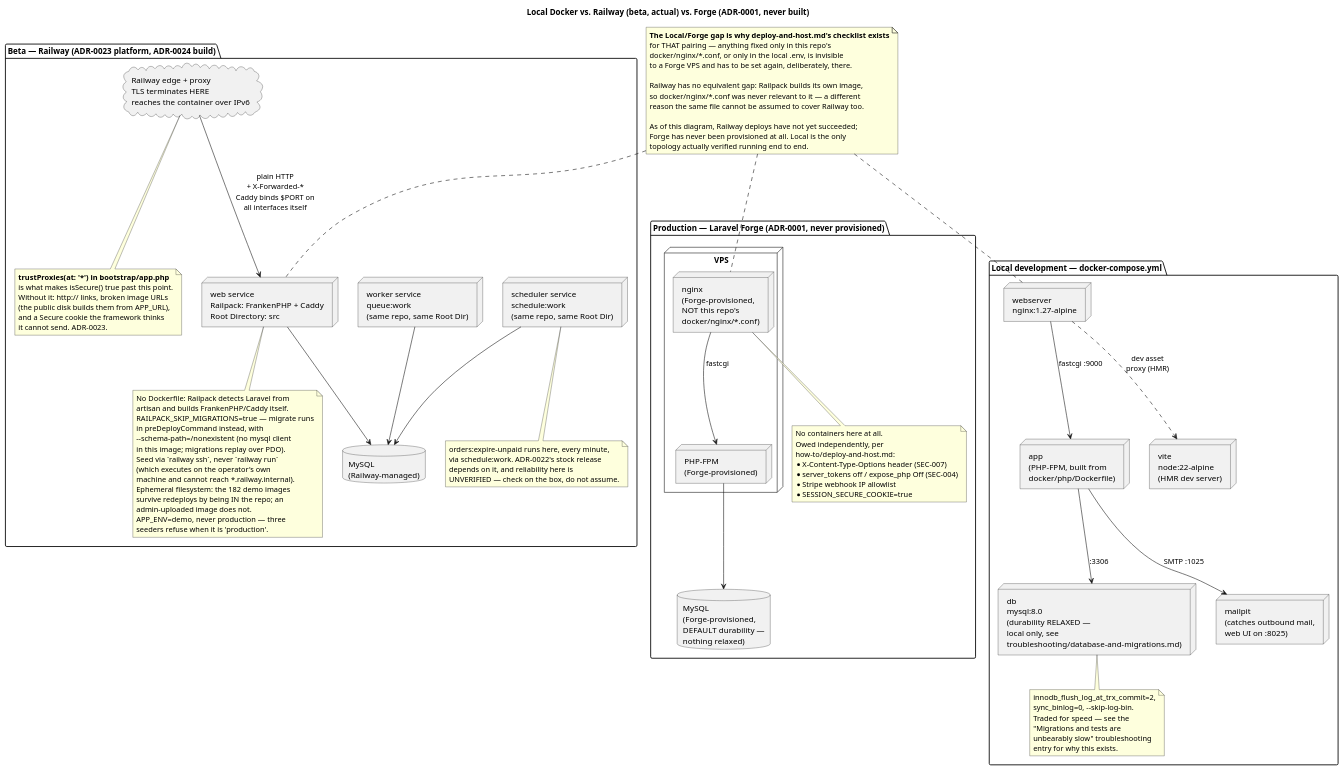
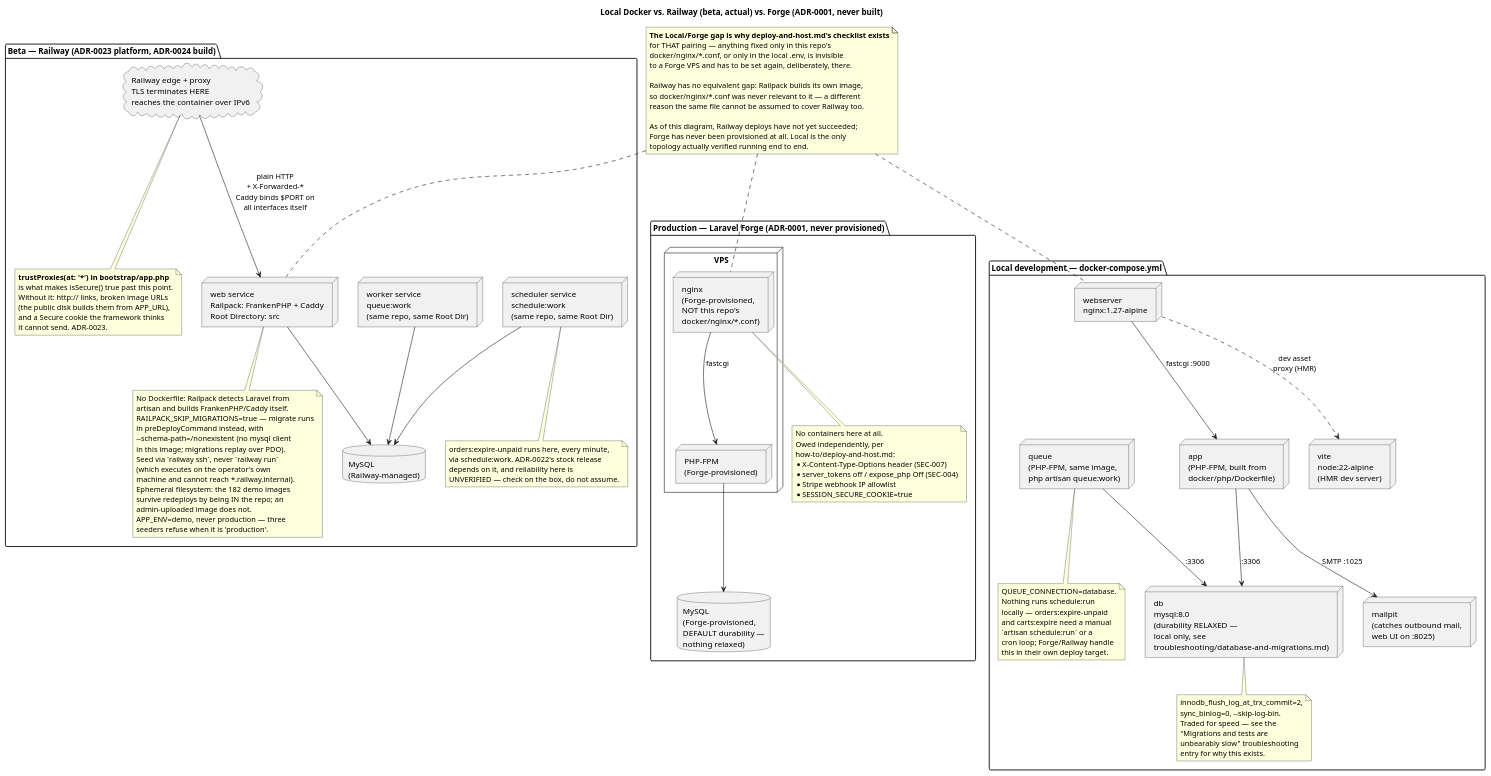
One commit to StefanMarinkov05/Amazoff-PHP changed the diagram in docs/reference/diagrams/deployment/deployment.puml. Above: the diagram before and after it, drawn with PlantUML. The commit also changed 7 other files, not shown here.

First line of the commit message:
docs(diagrams): add the hydration-crash layer and local queue worker

```diff
--- a/docs/reference/diagrams/deployment/deployment.puml
+++ b/docs/reference/diagrams/deployment/deployment.puml
@@ -1,131 +1,147 @@
 @startuml deployment
 
 ' Three topologies for the same app. Verified against docker-compose.yml and
 ' how-to/deploy-and-host.md. Local + Forge verified 2026-09-07; the Railway
 ' package redrawn 2026-09-12 for ADR-0024 (Railpack, not the custom Dockerfile
 ' ADR-0023 first described — that image failed eleven straight deploys, see
-' troubleshooting/infra-and-environment.md).
+' troubleshooting/infra-and-environment.md). Local package re-verified
+' 2026-09-13 against the current docker-compose.yml: a `queue` service
+' (php artisan queue:work) now runs locally too, added when
+' QUEUE_CONNECTION moved off `sync` for the newsletter double-opt-in flow —
+' it was missing from this diagram until now.
 ' The gap between Local and Forge is the whole point of deploy-and-host.md's
 ' checklist — anything fixed only in docker/nginx/*.conf reaches neither
 ' deployed box. Railway has no such gap: Railpack builds its own image, so
 ' this repo's docker/nginx/*.conf was never relevant to it in the first place.
 '
 ' NOTE: the .svg/.pdf beside this file are STALE relative to this source.
 ' Regenerate with the commands in docs/reference/diagrams/README.md — there
 ' is no render script in this repo and nothing regenerates them automatically.
 
 title Local Docker vs. Railway (beta, actual) vs. Forge (ADR-0001, never built)
 
 package "Local development — docker-compose.yml" {
   node "webserver\nnginx:1.27-alpine" as LocalNginx
   node "app\n(PHP-FPM, built from\ndocker/php/Dockerfile)" as LocalApp
   node "db\nmysql:8.0\n(durability RELAXED —\nlocal only, see\ntroubleshooting/database-and-migrations.md)" as LocalDB
   node "vite\nnode:22-alpine\n(HMR dev server)" as LocalVite
   node "mailpit\n(catches outbound mail,\nweb UI on :8025)" as LocalMail
+  node "queue\n(PHP-FPM, same image,\nphp artisan queue:work)" as LocalQueue
 
   LocalNginx --> LocalApp : fastcgi :9000
   LocalApp --> LocalDB : :3306
   LocalApp --> LocalMail : SMTP :1025
   LocalNginx ..> LocalVite : dev asset\nproxy (HMR)
+  LocalQueue --> LocalDB : :3306
+
+  note bottom of LocalQueue
+    QUEUE_CONNECTION=database.
+    Nothing runs schedule:run
+    locally — orders:expire-unpaid
+    and carts:expire need a manual
+    `artisan schedule:run` or a
+    cron loop; Forge/Railway handle
+    this in their own deploy target.
+  end note
 
   note bottom of LocalDB
     innodb_flush_log_at_trx_commit=2,
     sync_binlog=0, --skip-log-bin.
     Traded for speed — see the
     "Migrations and tests are
     unbearably slow" troubleshooting
     entry for why this exists.
   end note
 }
 
 package "Beta — Railway (ADR-0023 platform, ADR-0024 build)" {
   node "web service\nRailpack: FrankenPHP + Caddy\nRoot Directory: src" as RailwayWeb
   node "worker service\nqueue:work\n(same repo, same Root Dir)" as RailwayWorker
   node "scheduler service\nschedule:work\n(same repo, same Root Dir)" as RailwayCron
   database "MySQL\n(Railway-managed)" as RailwayDB
 
   cloud "Railway edge + proxy\nTLS terminates HERE\nreaches the container over IPv6" as RailwayEdge
 
   RailwayEdge --> RailwayWeb : plain HTTP\n+ X-Forwarded-*\nCaddy binds $PORT on\nall interfaces itself
   RailwayWeb --> RailwayDB
   RailwayWorker --> RailwayDB
   RailwayCron --> RailwayDB
 
   note bottom of RailwayEdge
     <b>trustProxies(at: '*') in bootstrap/app.php</b>
     is what makes isSecure() true past this point.
     Without it: http:// links, broken image URLs
     (the public disk builds them from APP_URL),
     and a Secure cookie the framework thinks
     it cannot send. ADR-0023.
   end note
 
   note bottom of RailwayCron
     orders:expire-unpaid runs here, every minute,
     via schedule:work. ADR-0022's stock release
     depends on it, and reliability here is
     UNVERIFIED — check on the box, do not assume.
   end note
 
   note bottom of RailwayWeb
     No Dockerfile: Railpack detects Laravel from
     artisan and builds FrankenPHP/Caddy itself.
     RAILPACK_SKIP_MIGRATIONS=true — migrate runs
     in preDeployCommand instead, with
     --schema-path=/nonexistent (no mysql client
     in this image; migrations replay over PDO).
     Seed via `railway ssh`, never `railway run`
     (which executes on the operator's own
     machine and cannot reach *.railway.internal).
     Ephemeral filesystem: the 182 demo images
     survive redeploys by being IN the repo; an
     admin-uploaded image does not.
     APP_ENV=demo, never production — three
     seeders refuse when it is 'production'.
   end note
 }
 
 package "Production — Laravel Forge (ADR-0001, never provisioned)" {
   node "VPS" {
     node "nginx\n(Forge-provisioned,\nNOT this repo's\ndocker/nginx/*.conf)" as ProdNginx
     node "PHP-FPM\n(Forge-provisioned)" as ProdApp
   }
   database "MySQL\n(Forge-provisioned,\nDEFAULT durability —\nnothing relaxed)" as ProdDB
 
   ProdNginx --> ProdApp : fastcgi
   ProdApp --> ProdDB
 
   note bottom of ProdNginx
     No containers here at all.
     Owed independently, per
     how-to/deploy-and-host.md:
     * X-Content-Type-Options header (SEC-007)
     * server_tokens off / expose_php Off (SEC-004)
     * Stripe webhook IP allowlist
     * SESSION_SECURE_COOKIE=true
   end note
 }
 
 LocalNginx -[hidden]right-> RailwayWeb
 RailwayWeb -[hidden]right-> ProdNginx
 
 note as Gap
   <b>The Local/Forge gap is why deploy-and-host.md's checklist exists</b>
   for THAT pairing — anything fixed only in this repo's
   docker/nginx/*.conf, or only in the local .env, is invisible
   to a Forge VPS and has to be set again, deliberately, there.
 
   Railway has no equivalent gap: Railpack builds its own image,
   so docker/nginx/*.conf was never relevant to it — a different
   reason the same file cannot be assumed to cover Railway too.
 
   As of this diagram, Railway deploys have not yet succeeded;
   Forge has never been provisioned at all. Local is the only
   topology actually verified running end to end.
 end note
 
 Gap .. LocalNginx
 Gap .. RailwayWeb
 Gap .. ProdNginx
 
 @enduml
```
